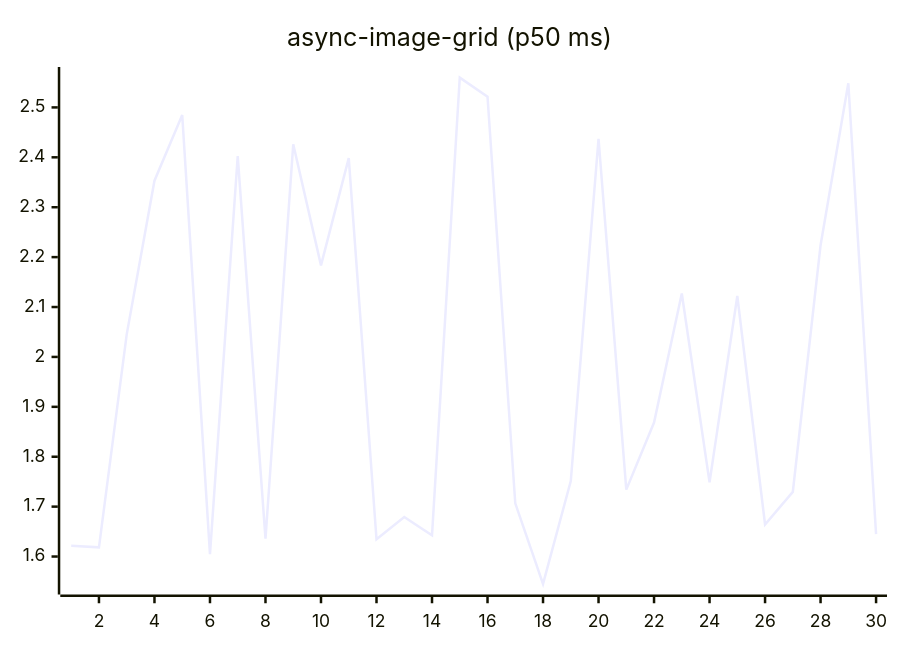
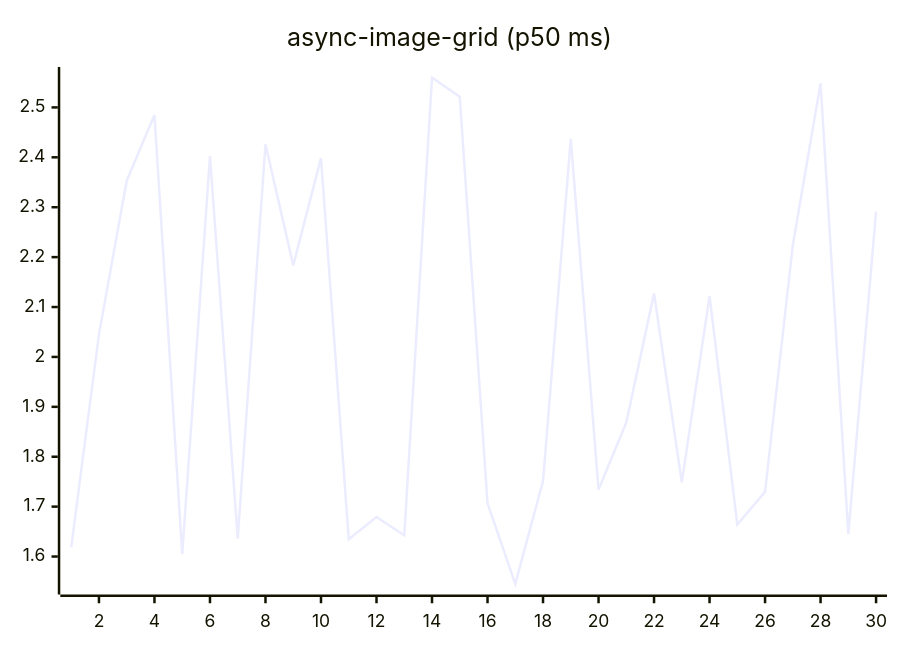
The fifth of 27 diagrams in README.md (josha/Facet), drawn with Mermaid before and after one commit. The commit also changed other lines of this file and 2 other files, not shown here.

````diff
--- a/README.md
+++ b/README.md
@@ -91,6 +91,6 @@
 ```mermaid
 xychart-beta
     title "async-image-grid (p50 ms)"
     x-axis 1 --> 30
-    line [1.6216, 1.6184, 2.0452, 2.3531, 2.4847, 1.6045, 2.4025, 1.6357, 2.4260, 2.1835, 2.3985, 1.6346, 1.6792, 1.6424, 2.5597, 2.5214, 1.7066, 1.5452, 1.7512, 2.4372, 1.7341, 1.8684, 2.1272, 1.7487, 2.1221, 1.6642, 1.7295, 2.2238, 2.5483, 1.6449]
+    line [1.6184, 2.0452, 2.3531, 2.4847, 1.6045, 2.4025, 1.6357, 2.4260, 2.1835, 2.3985, 1.6346, 1.6792, 1.6424, 2.5597, 2.5214, 1.7066, 1.5452, 1.7512, 2.4372, 1.7341, 1.8684, 2.1272, 1.7487, 2.1221, 1.6642, 1.7295, 2.2238, 2.5483, 1.6449, 2.2910]
 ```
````
